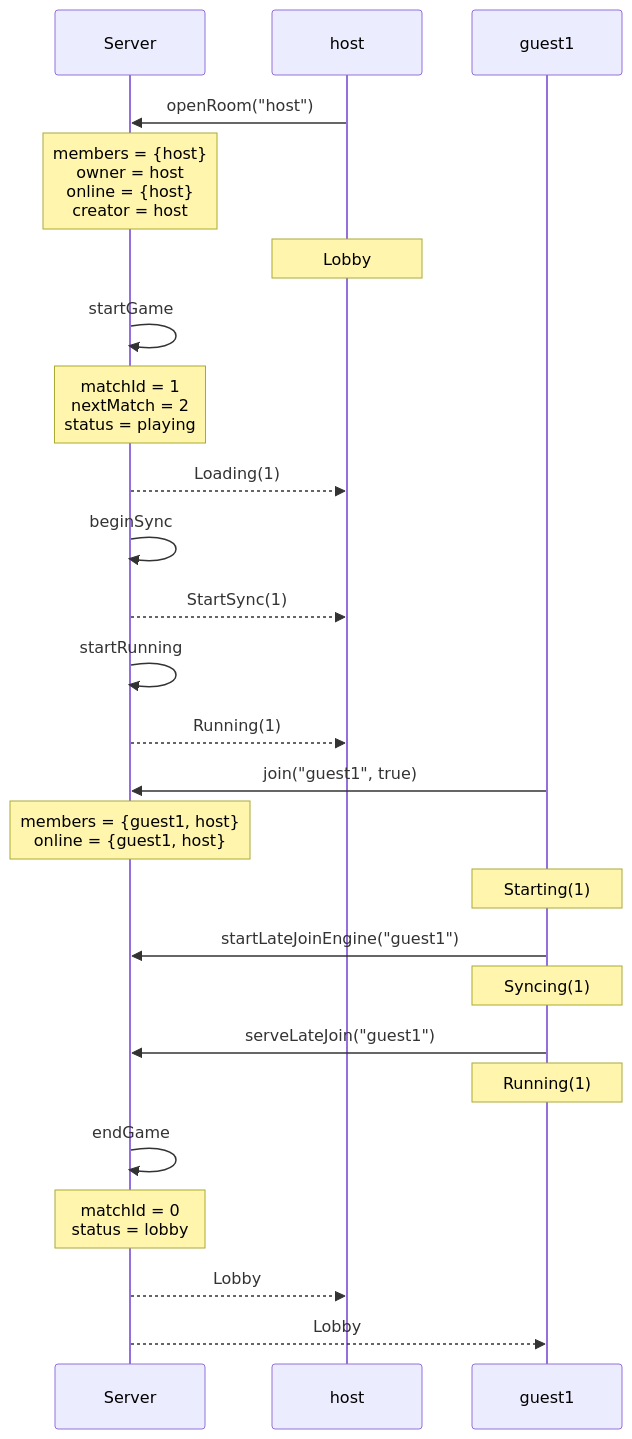
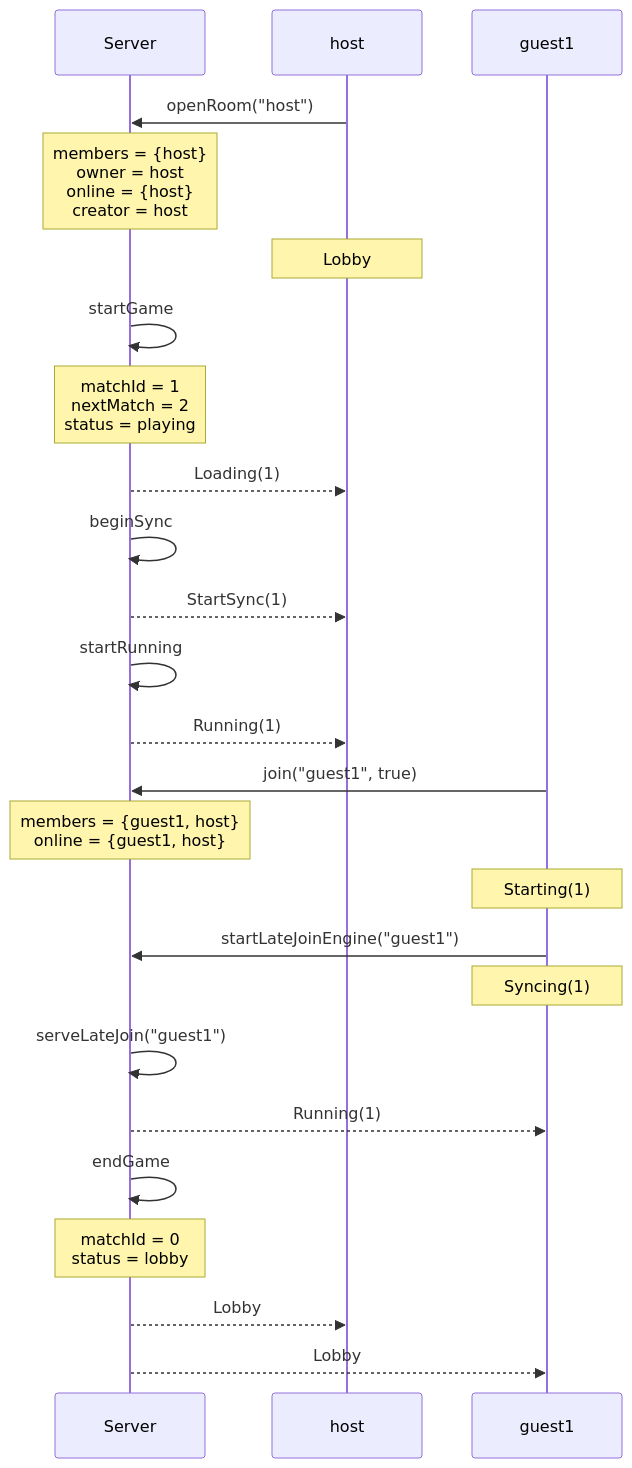
Before and after one commit to kwilson21/kaillera-next: the third of 7 diagrams in docs/spec-traces.md, drawn with Mermaid. The commit also changed other lines of this file and 3 other files, not shown here.

First line of the commit message:
Trace diagrams: hub-owned actions, exact variants, unordered sets, one-line runs

````diff
--- a/docs/spec-traces.md
+++ b/docs/spec-traces.md
@@ -72,27 +72,27 @@
 ```mermaid
 sequenceDiagram
   participant Server
   participant host
   participant guest1
   host->>Server: openRoom("host")
   Note over Server: members = {host}<br/>owner = host<br/>online = {host}<br/>creator = host
   Note over host: Lobby
   Server->>Server: startGame
   Note over Server: matchId = 1<br/>nextMatch = 2<br/>status = playing
   Server-->>host: Loading(1)
   Server->>Server: beginSync
   Server-->>host: StartSync(1)
   Server->>Server: startRunning
   Server-->>host: Running(1)
   guest1->>Server: join("guest1", true)
   Note over Server: members = {guest1, host}<br/>online = {guest1, host}
   Note over guest1: Starting(1)
   guest1->>Server: startLateJoinEngine("guest1")
   Note over guest1: Syncing(1)
-  guest1->>Server: serveLateJoin("guest1")
-  Note over guest1: Running(1)
+  Server->>Server: serveLateJoin("guest1")
+  Server-->>guest1: Running(1)
   Server->>Server: endGame
   Note over Server: matchId = 0<br/>status = lobby
   Server-->>host: Lobby
   Server-->>guest1: Lobby
 ```
````
